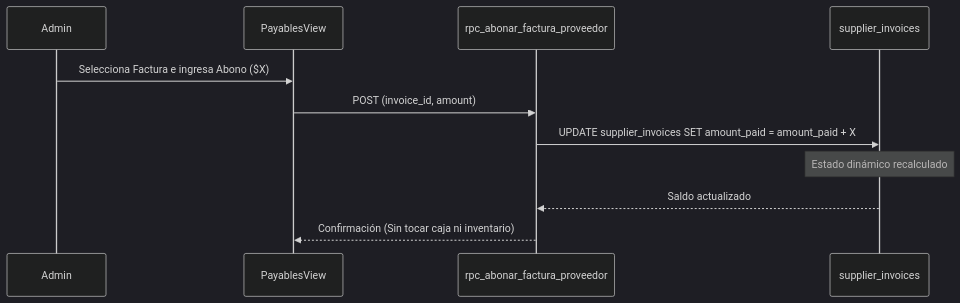
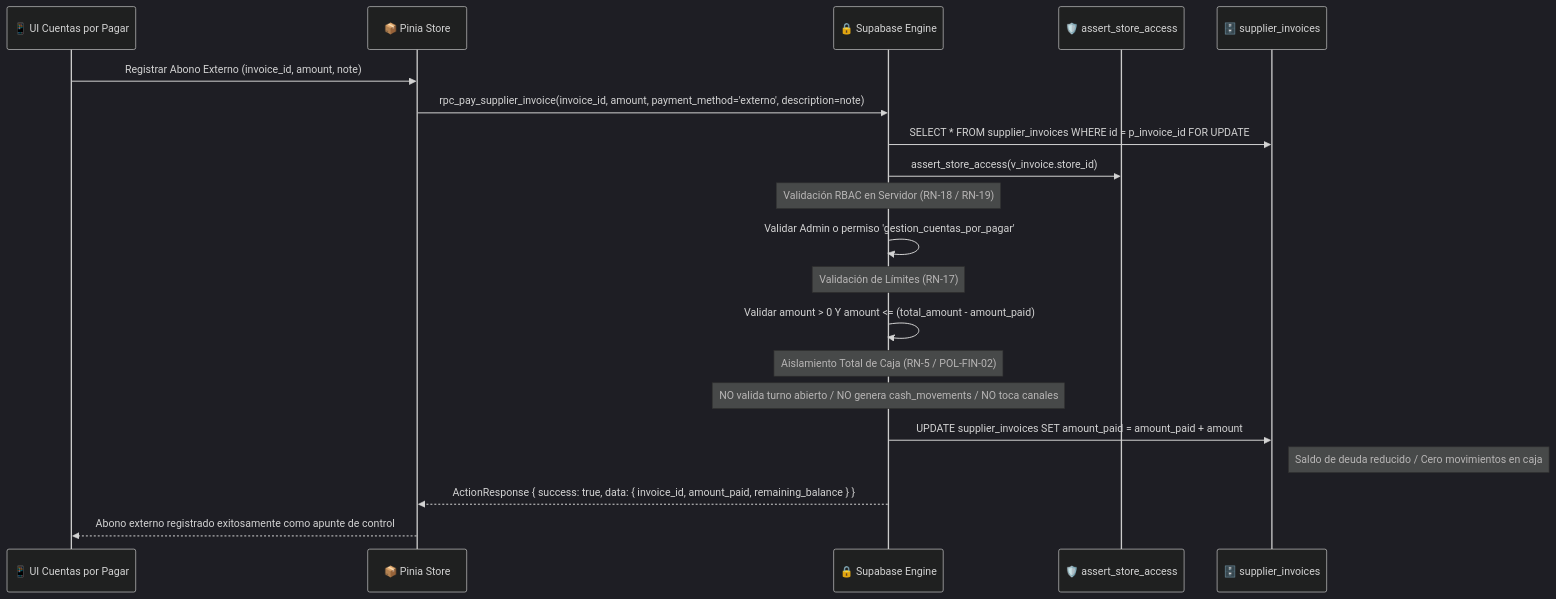
One commit to YamirJCF/tienda-barrio-pro changed the third of 6 diagrams in documentation/01_requirements/SDD/SDD_019_CUENTAS_POR_PAGAR.md. Above: the diagram before and after it, drawn with Mermaid (dark theme). The commit also changed other lines of this file, not shown here.

````diff
--- a/documentation/01_requirements/SDD/SDD_019_CUENTAS_POR_PAGAR.md
+++ b/documentation/01_requirements/SDD/SDD_019_CUENTAS_POR_PAGAR.md
@@ -54,14 +191,29 @@
 ```mermaid
 sequenceDiagram
-    participant Admin
-    participant UI as PayablesView
-    participant RPC as rpc_abonar_factura_proveedor
-    participant DB as supplier_invoices
+    participant UI as 📱 UI Cuentas por Pagar
+    participant Store as 📦 Pinia Store
+    participant Engine as 🔒 Supabase Engine
+    participant Sec as 🛡️ assert_store_access
+    participant DB as 🗄️ supplier_invoices
 
-    Admin->>UI: Selecciona Factura e ingresa Abono ($X)
-    UI->>RPC: POST (invoice_id, amount)
-    RPC->>DB: UPDATE supplier_invoices SET amount_paid = amount_paid + X
-    Note over DB: Estado dinámico recalculado
-    DB-->>RPC: Saldo actualizado
-    RPC-->>UI: Confirmación (Sin tocar caja ni inventario)
+    UI->>Store: Registrar Abono Externo (invoice_id, amount, note)
+    Store->>Engine: rpc_pay_supplier_invoice(invoice_id, amount, payment_method='externo', description=note)
+    
+    Engine->>DB: SELECT * FROM supplier_invoices WHERE id = p_invoice_id FOR UPDATE
+    Engine->>Sec: assert_store_access(v_invoice.store_id)
+    
+    Note over Engine: Validación RBAC en Servidor (RN-18 / RN-19)
+    Engine->>Engine: Validar Admin o permiso 'gestion_cuentas_por_pagar'
+    
+    Note over Engine: Validación de Límites (RN-17)
+    Engine->>Engine: Validar amount > 0 Y amount <= (total_amount - amount_paid)
+    
+    Note over Engine: Aislamiento Total de Caja (RN-5 / POL-FIN-02)
+    Note over Engine: NO valida turno abierto / NO genera cash_movements / NO toca canales
+    
+    Engine->>DB: UPDATE supplier_invoices SET amount_paid = amount_paid + amount
+    Note right of DB: Saldo de deuda reducido / Cero movimientos en caja
+    
+    Engine-->>Store: ActionResponse { success: true, data: { invoice_id, amount_paid, remaining_balance } }
+    Store-->>UI: Abono externo registrado exitosamente como apunte de control
 ```
````
